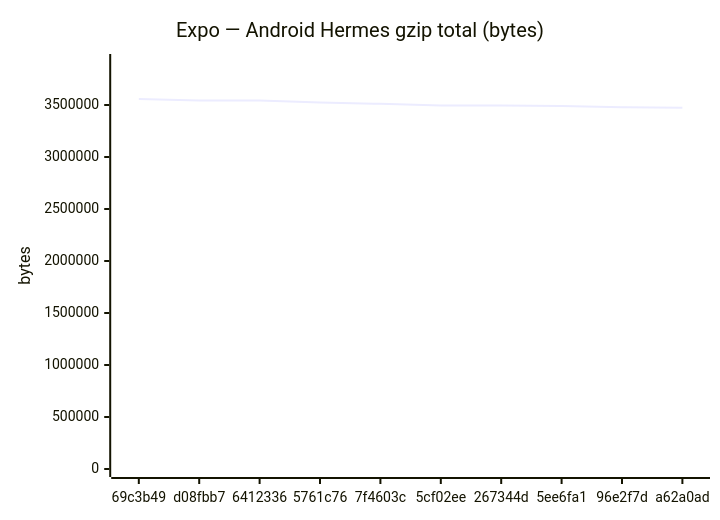
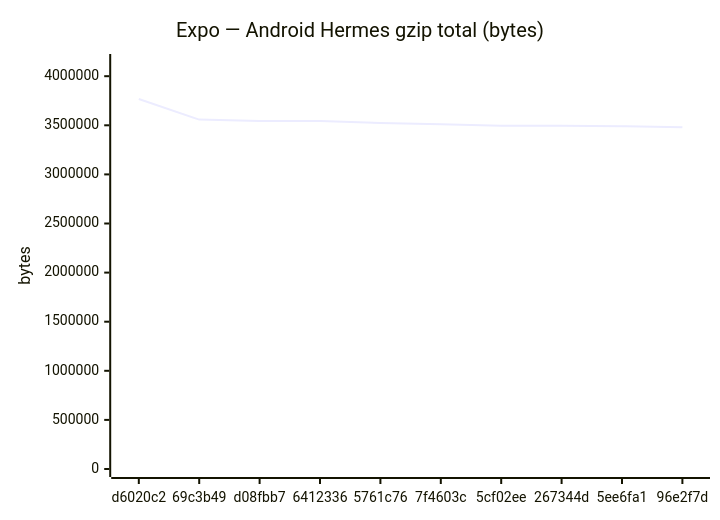
Before and after one commit to Metaheurist/Rianell: the fifth of 18 diagrams in benchmarks/compare.md, drawn with Mermaid. The commit also changed other lines of this file and 11 other files, not shown here.

````diff
--- a/benchmarks/compare.md
+++ b/benchmarks/compare.md
@@ -89,7 +89,7 @@
 ```mermaid
 xychart-beta
     title "Expo — Android Hermes gzip total (bytes)"
-    x-axis ["69c3b49", "d08fbb7", "6412336", "5761c76", "7f4603c", "5cf02ee", "267344d", "5ee6fa1", "96e2f7d", "a62a0ad"]
-    y-axis "bytes" 0 --> 3913699
-    line [3557908, 3544463, 3543472, 3523541, 3511474, 3496393, 3494445, 3491111, 3478911, 3474606]
+    x-axis ["d6020c2", "69c3b49", "d08fbb7", "6412336", "5761c76", "7f4603c", "5cf02ee", "267344d", "5ee6fa1", "96e2f7d"]
+    y-axis "bytes" 0 --> 4144594
+    line [3767812, 3557908, 3544463, 3543472, 3523541, 3511474, 3496393, 3494445, 3491111, 3478911]
 ```
````
